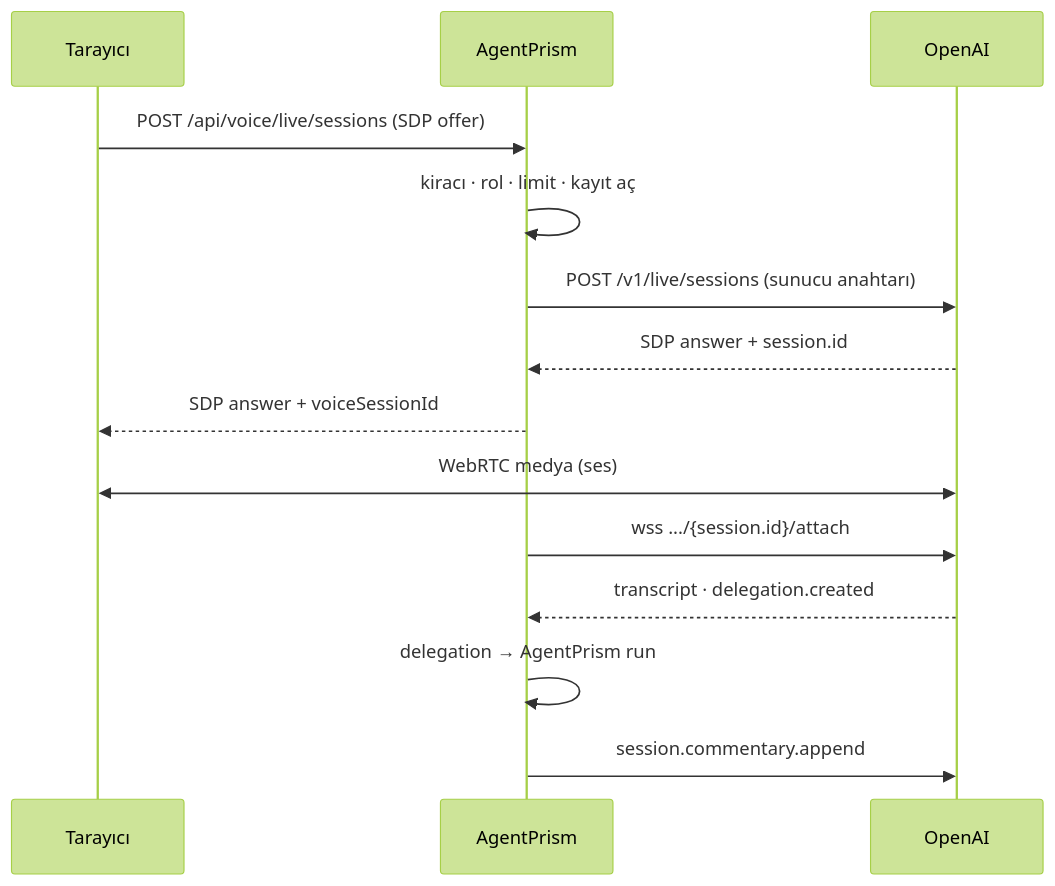
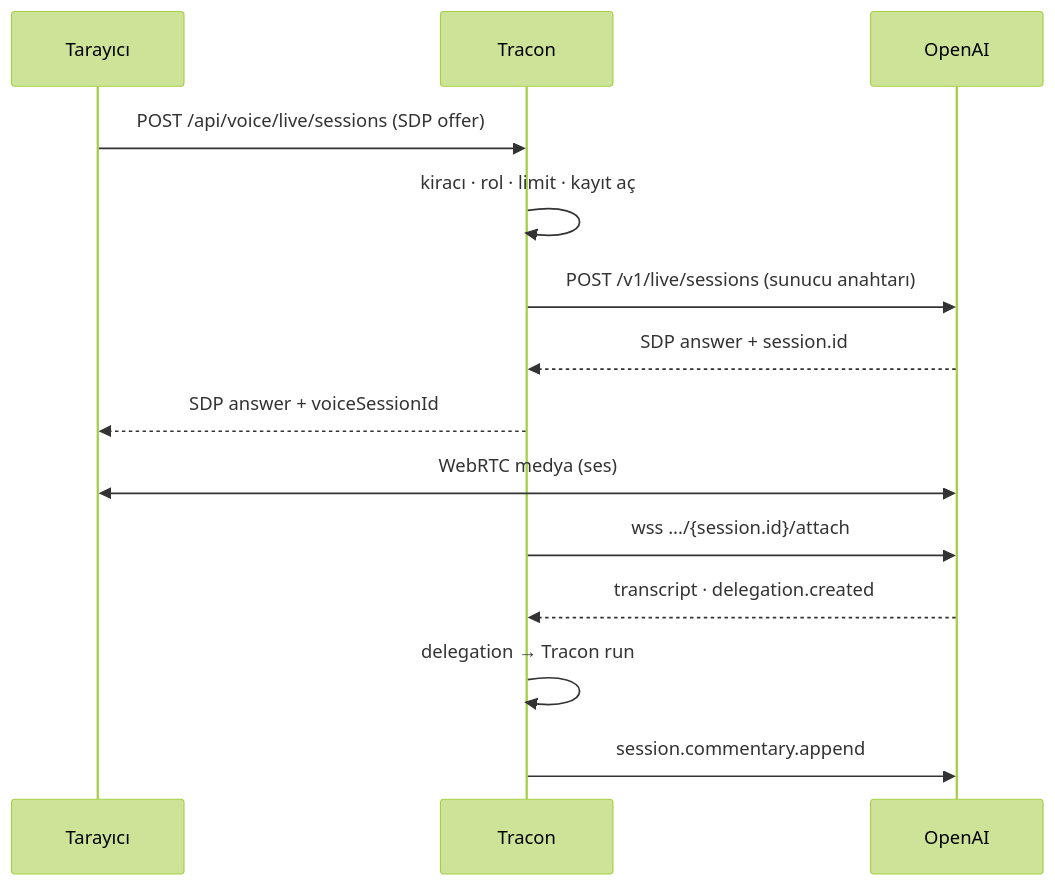
One commit to farukatasoy/Tracon changed the diagram in docs/arsiv/fazlar/161-GPT-LIVE-SIDEBAND-DENETIMI.md. Above: the diagram before and after it, drawn with Mermaid (forest theme). The commit also changed other lines of this file and 4535 other files, not shown here.

````diff
--- a/docs/arsiv/fazlar/161-GPT-LIVE-SIDEBAND-DENETIMI.md
+++ b/docs/arsiv/fazlar/161-GPT-LIVE-SIDEBAND-DENETIMI.md
@@ -81,16 +81,16 @@
 ```mermaid
 sequenceDiagram
     participant B as Tarayıcı
-    participant A as AgentPrism
+    participant A as Tracon
     participant O as OpenAI
     B->>A: POST /api/voice/live/sessions (SDP offer)
     A->>A: kiracı · rol · limit · kayıt aç
     A->>O: POST /v1/live/sessions (sunucu anahtarı)
     O-->>A: SDP answer + session.id
     A-->>B: SDP answer + voiceSessionId
     B<<->>O: WebRTC medya (ses)
     A->>O: wss .../{session.id}/attach
     O-->>A: transcript · delegation.created
-    A->>A: delegation → AgentPrism run
+    A->>A: delegation → Tracon run
     A->>O: session.commentary.append
 ```
````
